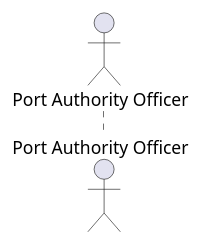
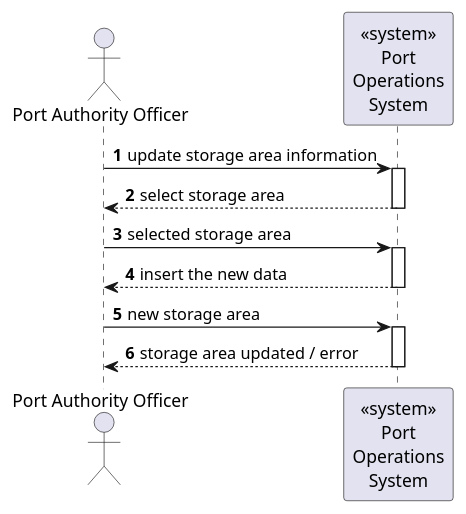
One commit to Departamento-de-Engenharia-Informatica/LEI-SEM5-PI-2025-26-3DK-04 changed the diagram in docs/sprint1/level1/process_view/1230762 - João Monteiro/US 2.2.4/SD_US2.2.4_UPDATE.puml. Above: the diagram before and after it, drawn with PlantUML. The commit also changed 20 other files, not shown here.

```diff
--- a/docs/sprint1/level1/process_view/1230762 - João Monteiro/US 2.2.4/SD_US2.2.4_UPDATE.puml
+++ b/docs/sprint1/level1/process_view/1230762 - João Monteiro/US 2.2.4/SD_US2.2.4_UPDATE.puml
@@ -1,5 +1,20 @@
 @startuml SD_US2.2.4_UPDATE
 autonumber
 actor "Port Authority Officer" as Officer
+participant "<<system>>\nPort\nOperations\nSystem" as System
 
+Officer -> System : update storage area information
+activate System
+System --> Officer : select storage area
+deactivate System
+
+Officer -> System : selected storage area
+activate System
+System --> Officer : insert the new data
+deactivate System
+
+Officer -> System : new storage area
+activate System
+System --> Officer : storage area updated / error
+deactivate System
 @enduml
```
